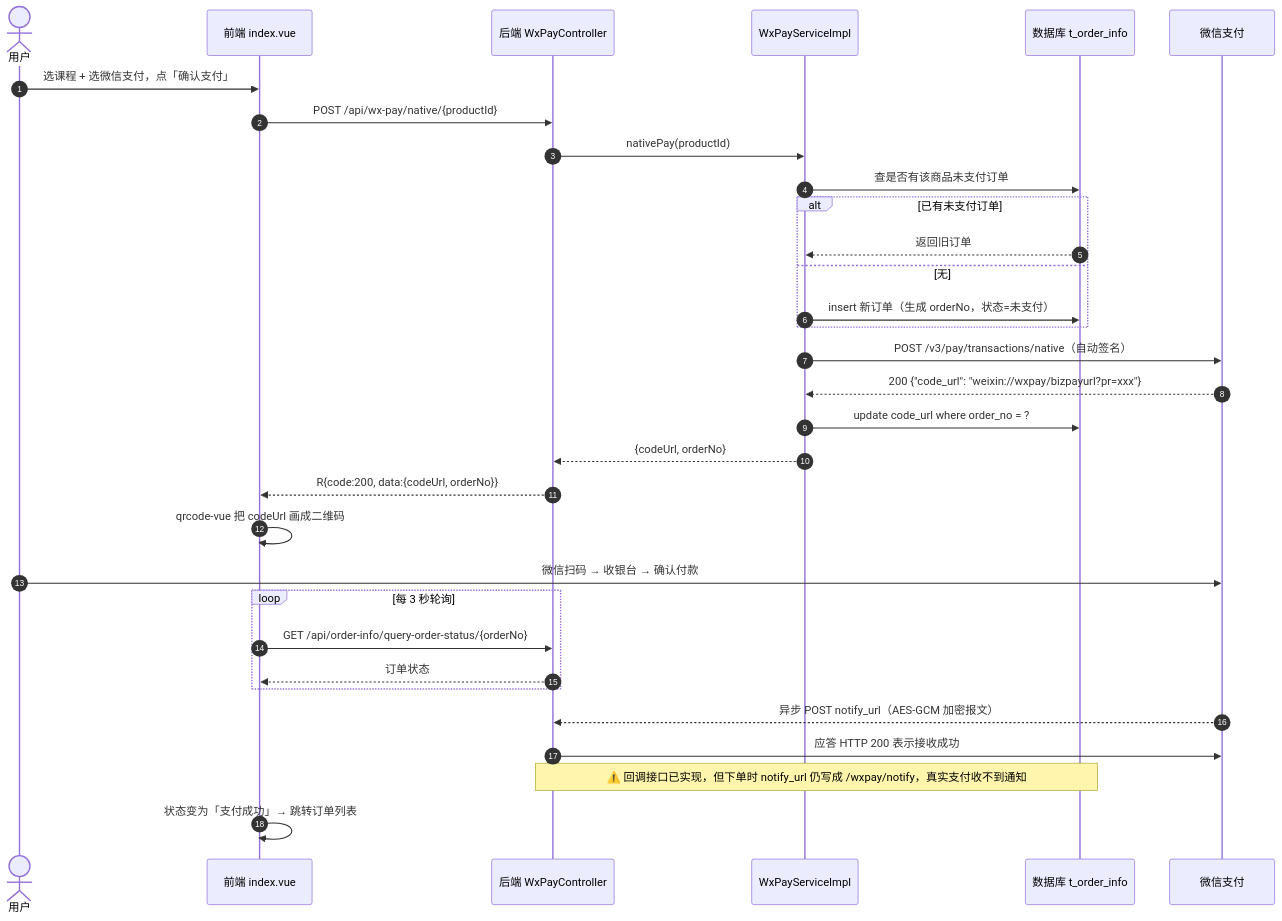
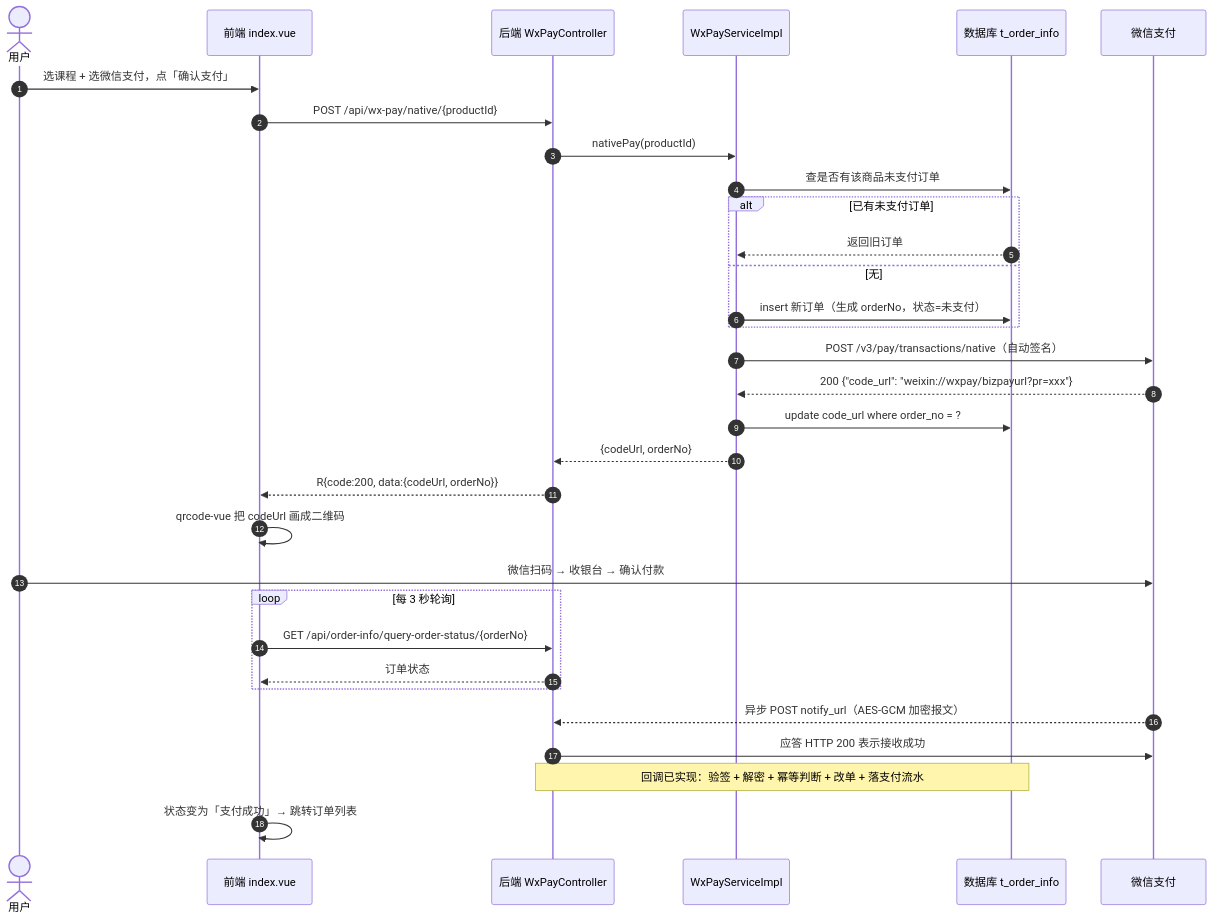
The diagram in README.md (c0re-T/payment-wechat), drawn with Mermaid before and after one commit. The commit also changed other lines of this file, not shown here.

````diff
--- a/README.md
+++ b/README.md
@@ -300,38 +302,38 @@
 ```mermaid
 sequenceDiagram
     autonumber
     actor U as 用户
     participant F as 前端 index.vue
     participant B as 后端 WxPayController
     participant S as WxPayServiceImpl
     participant D as 数据库 t_order_info
     participant W as 微信支付
 
     U->>F: 选课程 + 选微信支付，点「确认支付」
     F->>B: POST /api/wx-pay/native/{productId}
     B->>S: nativePay(productId)
     S->>D: 查是否有该商品未支付订单
     alt 已有未支付订单
         D-->>S: 返回旧订单
     else 无
         S->>D: insert 新订单（生成 orderNo，状态=未支付）
     end
     S->>W: POST /v3/pay/transactions/native（自动签名）
     W-->>S: 200 {"code_url": "weixin://wxpay/bizpayurl?pr=xxx"}
     S->>D: update code_url where order_no = ?
     S-->>B: {codeUrl, orderNo}
     B-->>F: R{code:200, data:{codeUrl, orderNo}}
     F->>F: qrcode-vue 把 codeUrl 画成二维码
     U->>W: 微信扫码 → 收银台 → 确认付款
 
     loop 每 3 秒轮询
         F->>B: GET /api/order-info/query-order-status/{orderNo}
         B-->>F: 订单状态
     end
 
     W-->>B: 异步 POST notify_url（AES-GCM 加密报文）
     B->>W: 应答 HTTP 200 表示接收成功
-    Note over B,D: ⚠️ 回调接口已实现，但下单时 notify_url 仍写成 /wxpay/notify，真实支付收不到通知
+    Note over B,D: 回调已实现：验签 + 解密 + 幂等判断 + 改单 + 落支付流水
 
     F->>F: 状态变为「支付成功」→ 跳转订单列表
 ```
````
